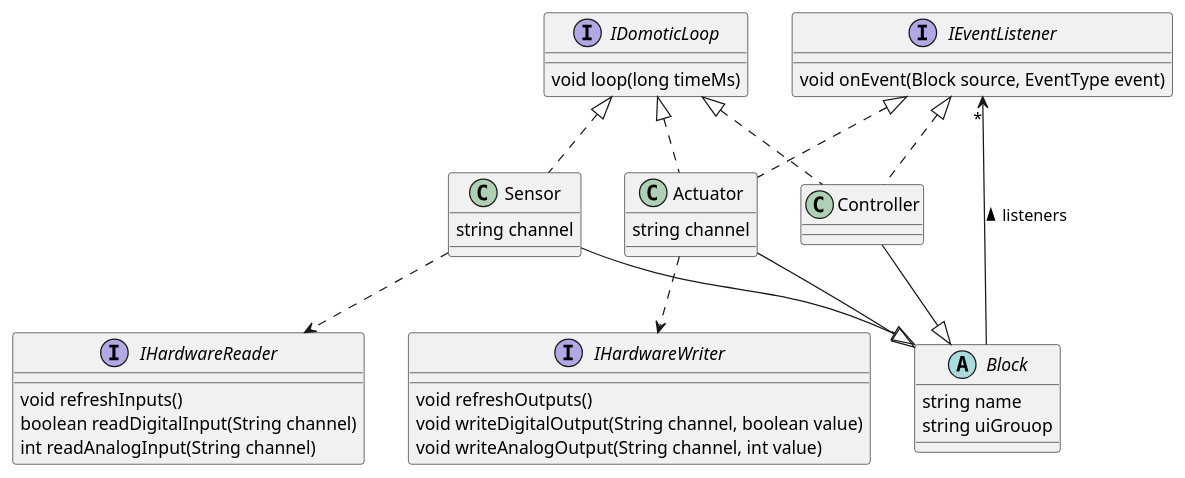
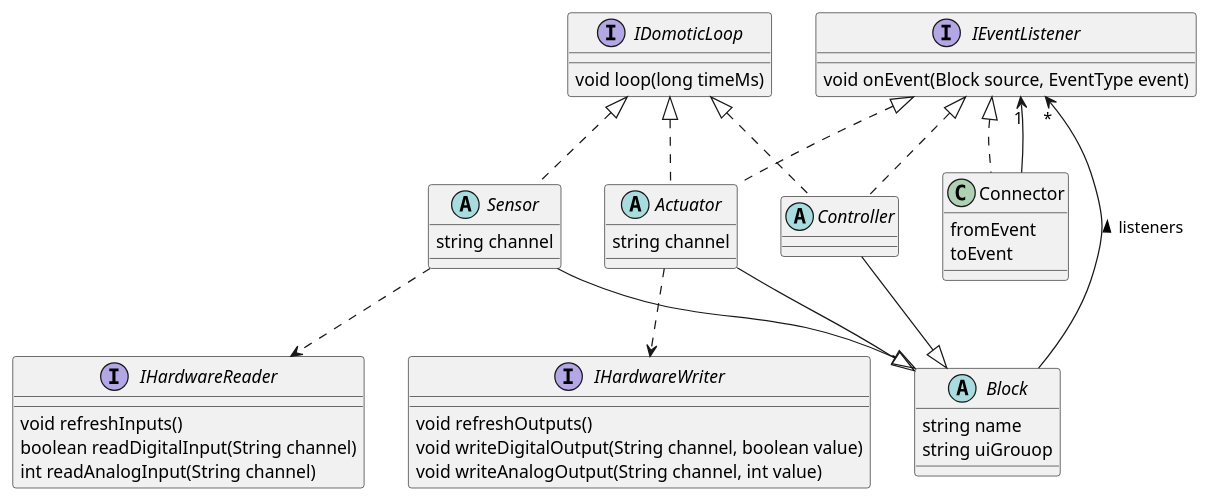
One commit to dvaneynde/home-automation changed the fifth of 8 diagrams in DESIGN.md. Above: the diagram before and after it, drawn with PlantUML. The commit also changed other lines of this file and 31 other files, not shown here.

````diff
--- a/DESIGN.md
+++ b/DESIGN.md
@@ -425,61 +450,68 @@
 ```plantuml
 @startuml
 
 abstract class Block {
     string name
     string uiGrouop
 }
 
 interface IDomoticLoop {
     void loop(long timeMs)
 }
 
 interface IEventListener {
     void onEvent(Block source, EventType event)
 }
 
-class Sensor  {
+abstract class Sensor  {
     string channel
 }
 
-class Controller {
+abstract class Controller {
 
 }
 
-class Actuator {
+abstract class Actuator {
     string channel
 }
+
+class Connector {
+    fromEvent
+    toEvent
+}
+IEventListener <|.. Connector
+IEventListener "1" <-- Connector
 
 interface IHardwareReader {
     void refreshInputs()
     boolean readDigitalInput(String channel)
     int readAnalogInput(String channel)
 
 }
 
 interface IHardwareWriter {
     void refreshOutputs()
     void writeDigitalOutput(String channel, boolean value)
     void writeAnalogOutput(String channel, int value)
 
 }
 
 IDomoticLoop <|.. Sensor
 IDomoticLoop <|.. Controller
 IEventListener <|.. Controller
 IDomoticLoop <|.. Actuator
 IEventListener <|.. Actuator
 
 Sensor ..> IHardwareReader
 
 Sensor --|> Block
 Controller --|> Block
 Actuator --|> Block
 
 Actuator ..> IHardwareWriter
 
 IEventListener "*" <-- Block  : listeners <
 
 
 @enduml
 ```
````
